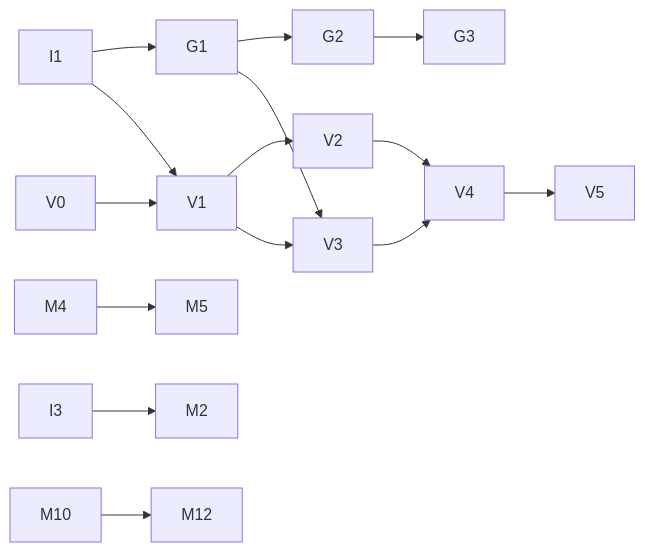
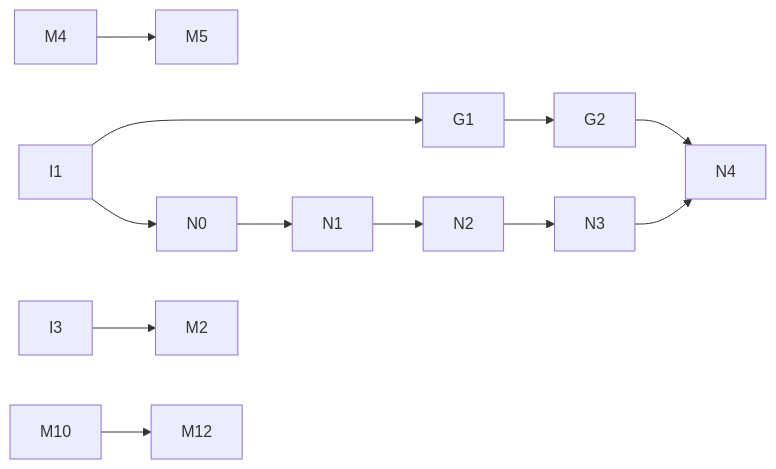
The diagram in ROADMAP.md (Dami-wq-k03/nano-lmcache), drawn with Mermaid before and after one commit. The commit also changed other lines of this file and 22 other files, not shown here.

````diff
--- a/ROADMAP.md
+++ b/ROADMAP.md
@@ -131,11 +131,9 @@
 ```mermaid
 graph LR
-  I1 --> G1 --> G2 --> G3
-  I1 --> V1
-  V0 --> V1 --> V2 --> V4 --> V5
-  V1 --> V3 --> V4
-  G1 --> V3
+  I1 --> G1 --> G2
+  I1 --> N0 --> N1 --> N2 --> N3 --> N4
+  G2 --> N4
   M4 --> M5
   I3 --> M2
   M10 --> M12
 ```
````
